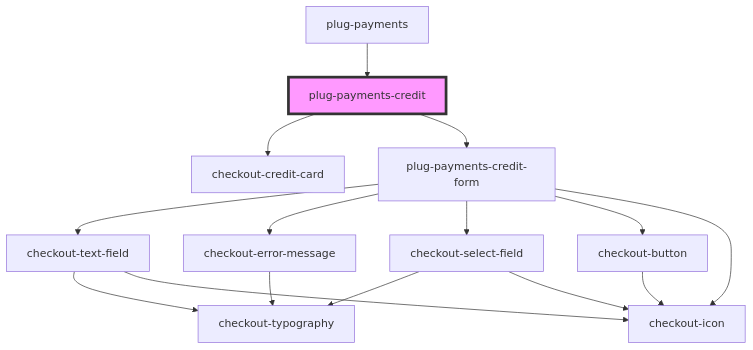
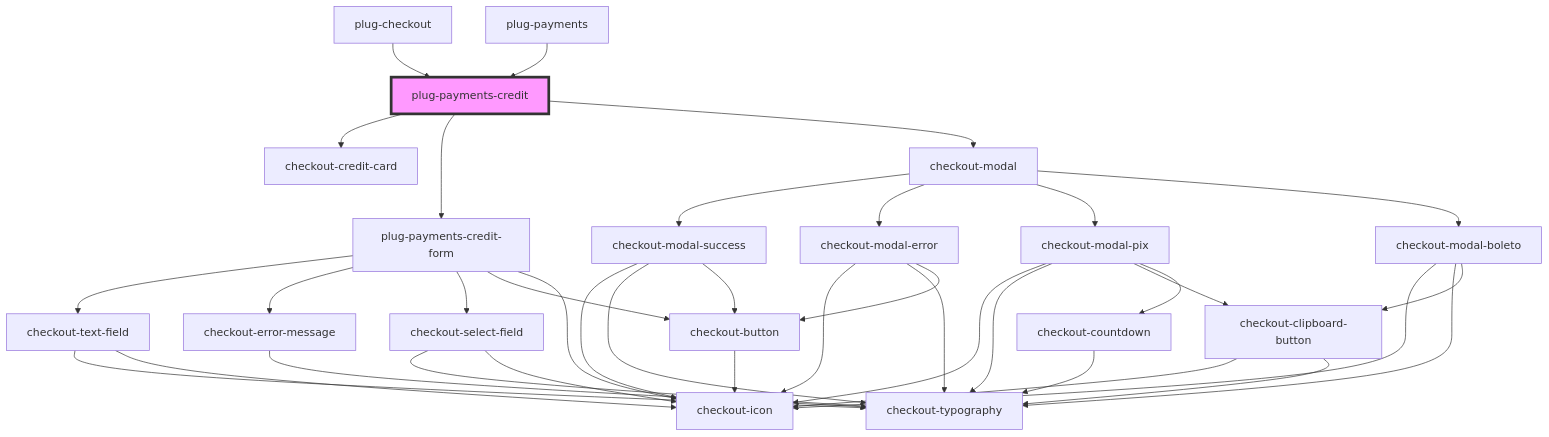
One commit to plughacker/malga-checkout changed the diagram in packages/checkout/core/src/components/plug-payments-credit/readme.md. Above: the diagram before and after it, drawn with Mermaid. The commit also changed other lines of this file and 43 other files, not shown here.

Commit message:
fix(plug-checkout): improving interface nomenclature

````diff
--- a/packages/checkout/core/src/components/plug-payments-credit/readme.md
+++ b/packages/checkout/core/src/components/plug-payments-credit/readme.md
@@ -46,18 +50,40 @@
 ```mermaid
 graph TD;
   plug-payments-credit --> checkout-credit-card
   plug-payments-credit --> plug-payments-credit-form
+  plug-payments-credit --> checkout-modal
   plug-payments-credit-form --> checkout-text-field
   plug-payments-credit-form --> checkout-error-message
   plug-payments-credit-form --> checkout-select-field
   plug-payments-credit-form --> checkout-button
   plug-payments-credit-form --> checkout-icon
   checkout-text-field --> checkout-typography
   checkout-text-field --> checkout-icon
   checkout-error-message --> checkout-typography
   checkout-select-field --> checkout-typography
   checkout-select-field --> checkout-icon
   checkout-button --> checkout-icon
+  checkout-modal --> checkout-modal-success
+  checkout-modal --> checkout-modal-error
+  checkout-modal --> checkout-modal-pix
+  checkout-modal --> checkout-modal-boleto
+  checkout-modal-success --> checkout-icon
+  checkout-modal-success --> checkout-typography
+  checkout-modal-success --> checkout-button
+  checkout-modal-error --> checkout-icon
+  checkout-modal-error --> checkout-typography
+  checkout-modal-error --> checkout-button
+  checkout-modal-pix --> checkout-icon
+  checkout-modal-pix --> checkout-typography
+  checkout-modal-pix --> checkout-clipboard-button
+  checkout-modal-pix --> checkout-countdown
+  checkout-clipboard-button --> checkout-icon
+  checkout-clipboard-button --> checkout-typography
+  checkout-countdown --> checkout-typography
+  checkout-modal-boleto --> checkout-icon
+  checkout-modal-boleto --> checkout-typography
+  checkout-modal-boleto --> checkout-clipboard-button
+  plug-checkout --> plug-payments-credit
   plug-payments --> plug-payments-credit
   style plug-payments-credit fill:#f9f,stroke:#333,stroke-width:4px
 ```
````
